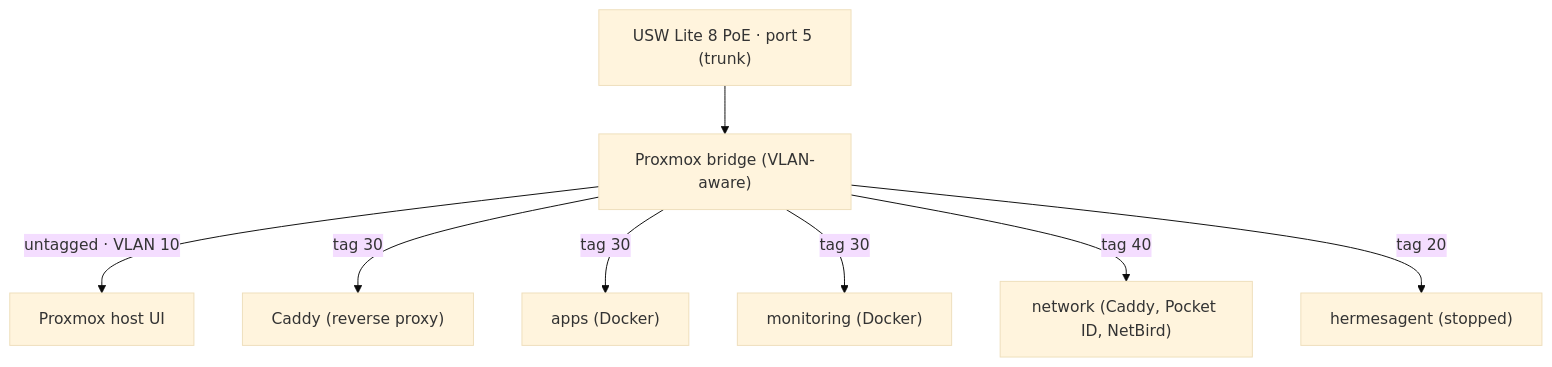
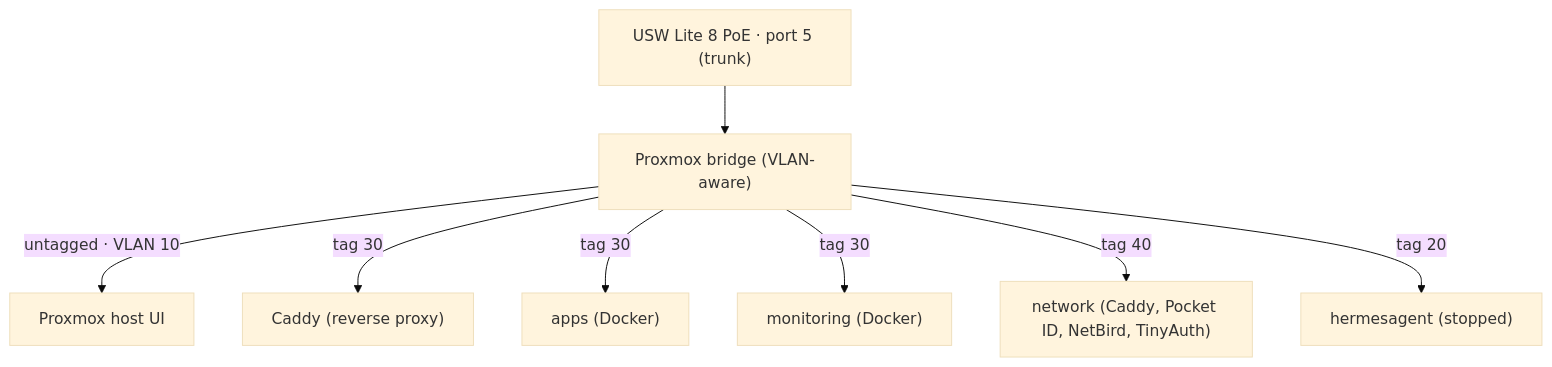
The diagram in docs/homelab.md (shaaz-f/home-server), drawn with Mermaid (base theme) before and after one commit. The commit also changed other lines of this file and 3 other files, not shown here.

Commit message:
Document TinyAuth on the network VM

````diff
--- a/docs/homelab.md
+++ b/docs/homelab.md
@@ -13,10 +13,10 @@
 ```mermaid
 flowchart TD
     SW["USW Lite 8 PoE · port 5 (trunk)"] --> BR["Proxmox bridge (VLAN-aware)"]
     BR -- "untagged · VLAN 10" --> HOST["Proxmox host UI"]
     BR -- "tag 30" --> CADDY["Caddy (reverse proxy)"]
     BR -- "tag 30" --> APPS["apps (Docker)"]
     BR -- "tag 30" --> MON["monitoring (Docker)"]
-    BR -- "tag 40" --> NET["network (Caddy, Pocket ID, NetBird)"]
+    BR -- "tag 40" --> NET["network (Caddy, Pocket ID, NetBird, TinyAuth)"]
     BR -- "tag 20" --> HERMES["hermesagent (stopped)"]
 ```
````
